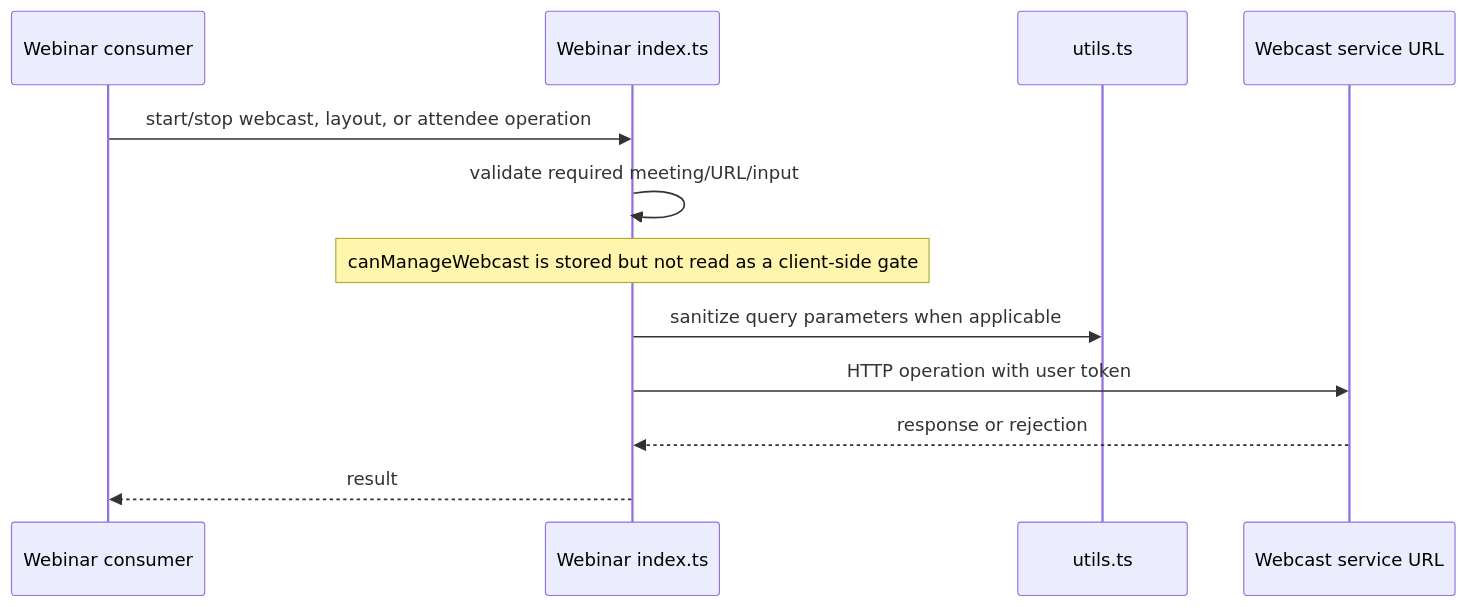
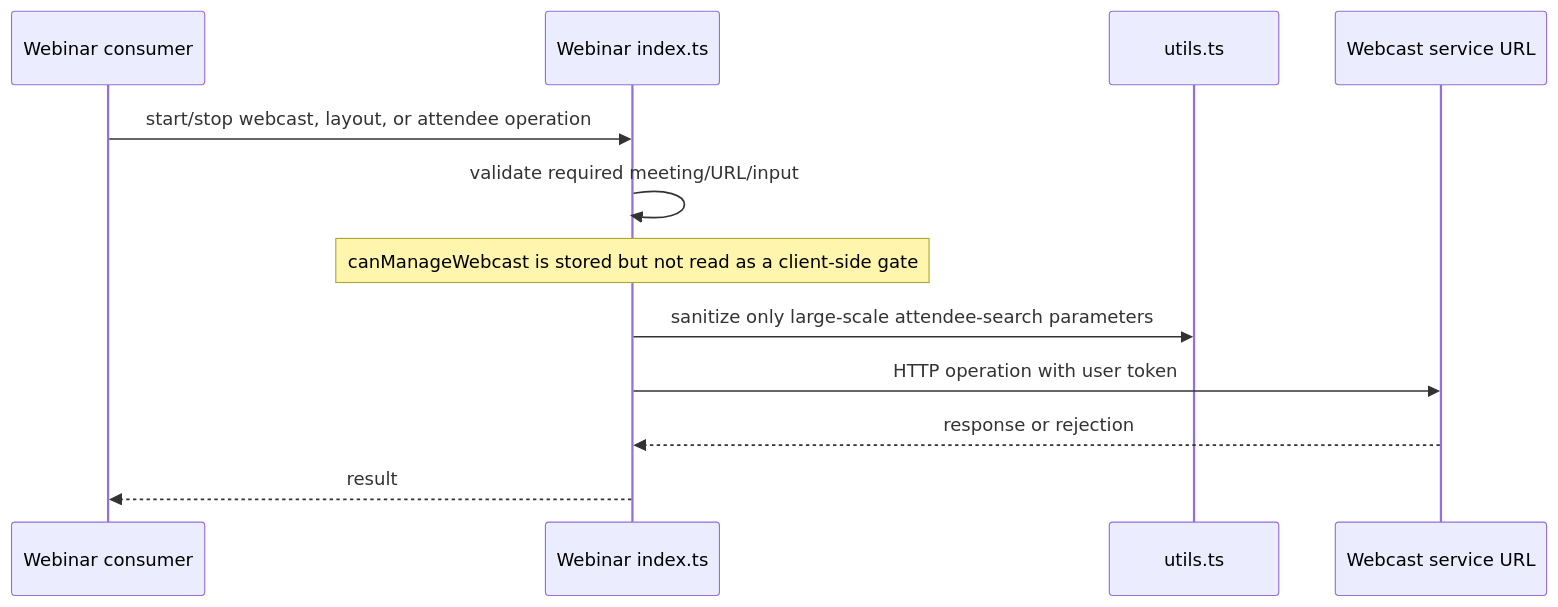
The second of 5 diagrams in packages/@webex/plugin-meetings/src/webinar/ai-docs/webinar-spec.md (webex/webex-js-sdk), drawn with Mermaid before and after one commit. The commit also changed other lines of this file and 24 other files, not shown here.

````diff
--- a/packages/@webex/plugin-meetings/src/webinar/ai-docs/webinar-spec.md
+++ b/packages/@webex/plugin-meetings/src/webinar/ai-docs/webinar-spec.md
@@ -123,14 +127,14 @@
 ```mermaid
 sequenceDiagram
   participant C as Webinar consumer
   participant W as Webinar index.ts
   participant U as utils.ts
   participant S as Webcast service URL
   C->>W: start/stop webcast, layout, or attendee operation
   W->>W: validate required meeting/URL/input
   Note over W: canManageWebcast is stored but not read as a client-side gate
-  W->>U: sanitize query parameters when applicable
+  W->>U: sanitize only large-scale attendee-search parameters
   W->>S: HTTP operation with user token
   S-->>W: response or rejection
   W-->>C: result
 ```
````
